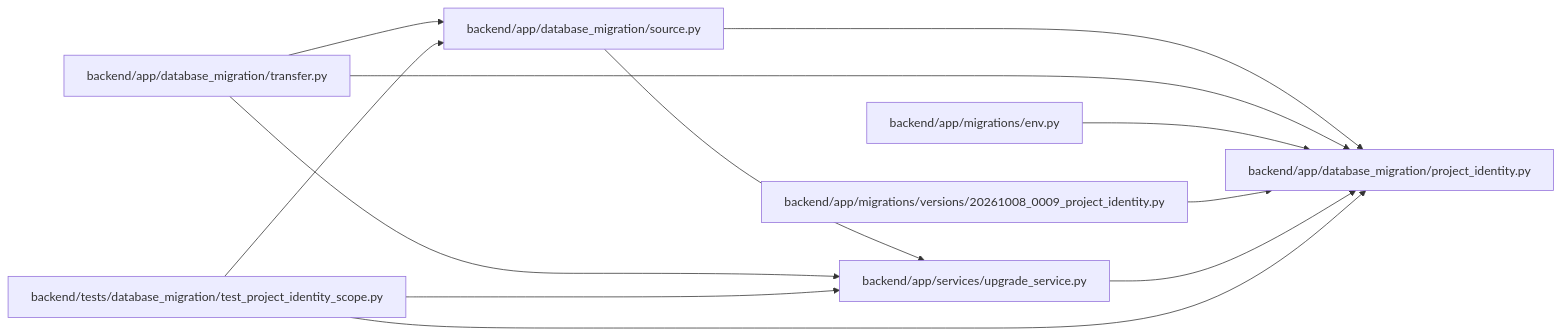
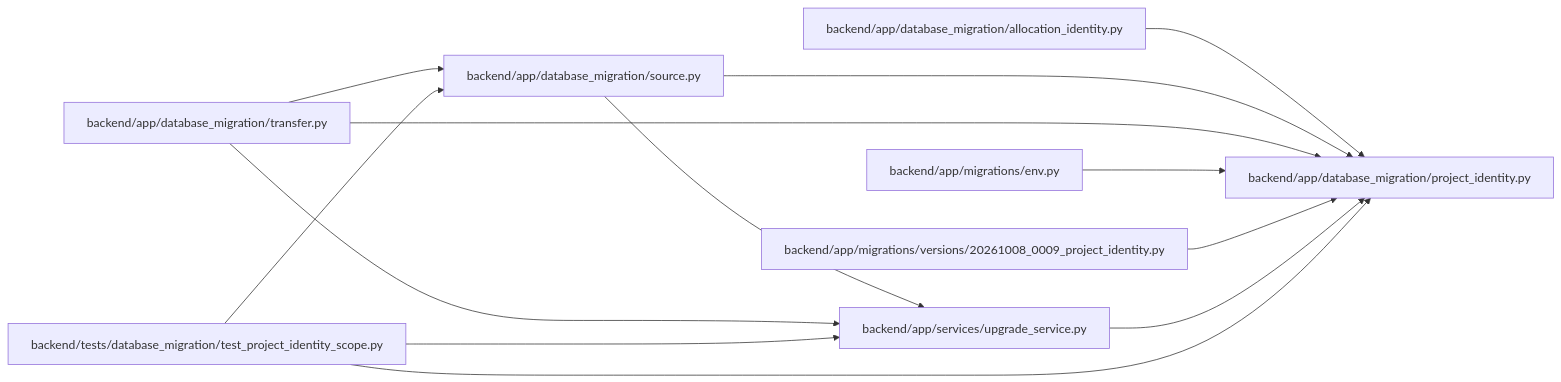
Before and after one commit to Denissvgn/WorkChord: the diagram in docs/llm_wiki/modules/project_identity.md, drawn with Mermaid. The commit also changed other lines of this file and 1817 other files, not shown here.

First line of the commit message:
Refresh the architectural wiki for the 1.9.0 changes

````diff
--- a/docs/llm_wiki/modules/project_identity.md
+++ b/docs/llm_wiki/modules/project_identity.md
@@ -23,28 +23,31 @@
 ```mermaid
 flowchart LR
-    n0["backend/app/database_migration/project_identity.py"]
-    n1["backend/app/database_migration/source.py"]
-    n2["backend/app/database_migration/transfer.py"]
-    n3["backend/app/migrations/env.py"]
-    n4["backend/app/migrations/versions/20261008_0009_project_identity.py"]
-    n5["backend/app/services/upgrade_service.py"]
-    n6["backend/tests/database_migration/test_project_identity_scope.py"]
-    n1 --> n0
-    n1 --> n5
-    n2 --> n0
+    n0["backend/app/database_migration/allocation_identity.py"]
+    n1["backend/app/database_migration/project_identity.py"]
+    n2["backend/app/database_migration/source.py"]
+    n3["backend/app/database_migration/transfer.py"]
+    n4["backend/app/migrations/env.py"]
+    n5["backend/app/migrations/versions/20261008_0009_project_identity.py"]
+    n6["backend/app/services/upgrade_service.py"]
+    n7["backend/tests/database_migration/test_project_identity_scope.py"]
+    n0 --> n1
     n2 --> n1
-    n2 --> n5
-    n3 --> n0
-    n4 --> n0
-    n5 --> n0
-    n6 --> n0
+    n2 --> n6
+    n3 --> n1
+    n3 --> n2
+    n3 --> n6
+    n4 --> n1
+    n5 --> n1
     n6 --> n1
-    n6 --> n5
-    click n0 "../modules/project_identity.md"
-    click n1 "../modules/source.md"
-    click n2 "../modules/transfer.md"
-    click n3 "../modules/migrations_env.md"
-    click n4 "../modules/20261008_0009_project_identity.md"
-    click n5 "../modules/upgrade_service.md"
-    click n6 "../modules/test_project_identity_scope.md"
+    n7 --> n1
+    n7 --> n2
+    n7 --> n6
+    click n0 "../modules/allocation_identity.md"
+    click n1 "../modules/project_identity.md"
+    click n2 "../modules/source.md"
+    click n3 "../modules/transfer.md"
+    click n4 "../modules/migrations_env.md"
+    click n5 "../modules/20261008_0009_project_identity.md"
+    click n6 "../modules/upgrade_service.md"
+    click n7 "../modules/test_project_identity_scope.md"
 ```
````
